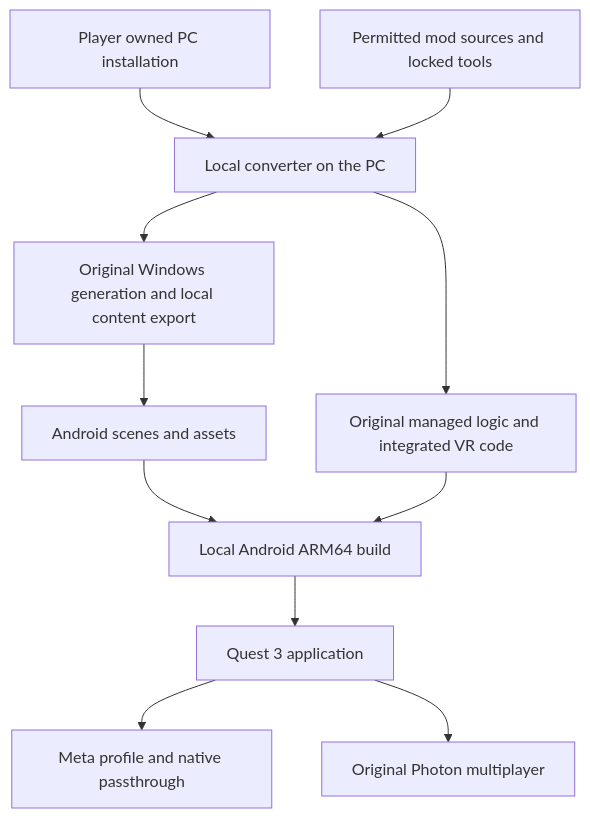
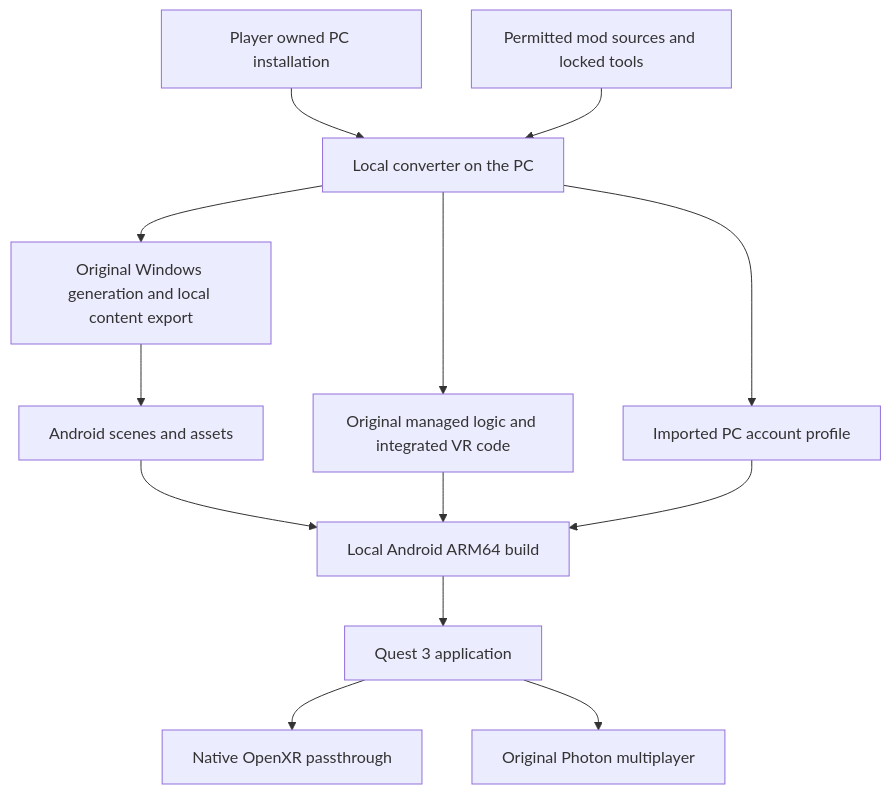
The diagram in .planning/QUEST3-PORT-PLAN.md (McFredward/GloomhavenVR), drawn with Mermaid before and after one commit. The commit also changed other lines of this file and 2 other files, not shown here.

Commit message:
docs: expand Quest port solutions, profiles and cloud options

````diff
--- a/.planning/QUEST3-PORT-PLAN.md
+++ b/.planning/QUEST3-PORT-PLAN.md
@@ -120,13 +136,15 @@
 ```mermaid
 flowchart TD
     Installation[Player owned PC installation] --> Converter[Local converter on the PC]
     Mod[Permitted mod sources and locked tools] --> Converter
     Converter --> Export[Original Windows generation and local content export]
     Export --> Assets[Android scenes and assets]
     Converter --> Runtime[Original managed logic and integrated VR code]
     Assets --> Build[Local Android ARM64 build]
     Runtime --> Build
     Build --> Quest[Quest 3 application]
-    Quest --> Meta[Meta profile and native passthrough]
+    Converter --> Profile[Imported PC account profile]
+    Profile --> Build
+    Quest --> Passthrough[Native OpenXR passthrough]
     Quest --> Network[Original Photon multiplayer]
 ```
````
